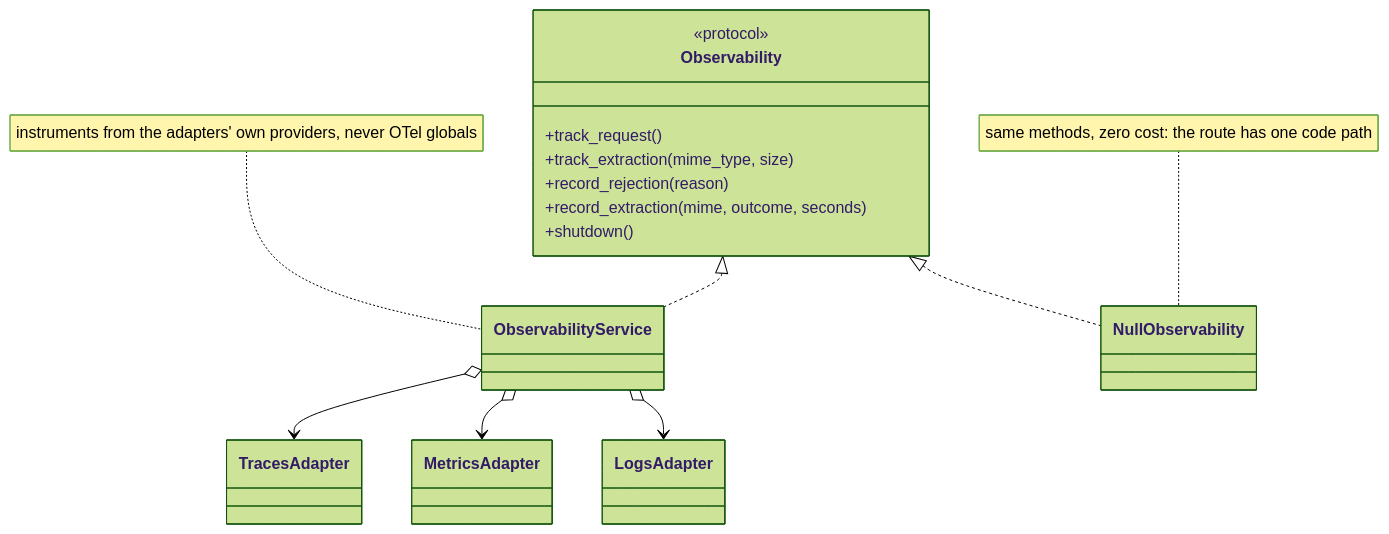
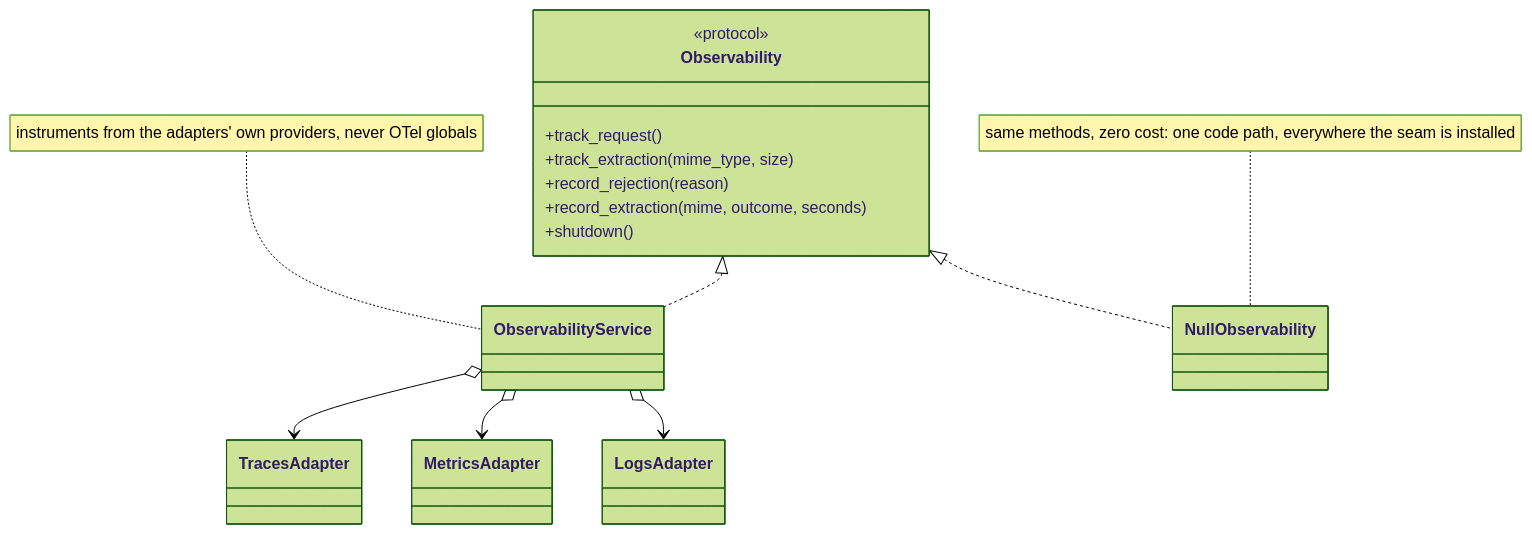
One commit to kunalPisolkar24/detectAI changed the sixth of 8 diagrams in services/document-parser/docs/concepts/observability.md. Above: the diagram before and after it, drawn with Mermaid (forest theme). The commit also changed other lines of this file and 45 other files, not shown here.

````diff
--- a/services/document-parser/docs/concepts/observability.md
+++ b/services/document-parser/docs/concepts/observability.md
@@ -122,23 +123,23 @@
 ```mermaid
 classDiagram
     class Observability {
         <<protocol>>
         +track_request()
         +track_extraction(mime_type, size)
         +record_rejection(reason)
         +record_extraction(mime, outcome, seconds)
         +shutdown()
     }
     class ObservabilityService
     class NullObservability
     class TracesAdapter
     class MetricsAdapter
     class LogsAdapter
     Observability <|.. ObservabilityService
     Observability <|.. NullObservability
     ObservabilityService o--> TracesAdapter
     ObservabilityService o--> MetricsAdapter
     ObservabilityService o--> LogsAdapter
     note for ObservabilityService "instruments from the adapters' own providers, never OTel globals"
-    note for NullObservability "same methods, zero cost: the route has one code path"
+    note for NullObservability "same methods, zero cost: one code path, everywhere the seam is installed"
 ```
````
